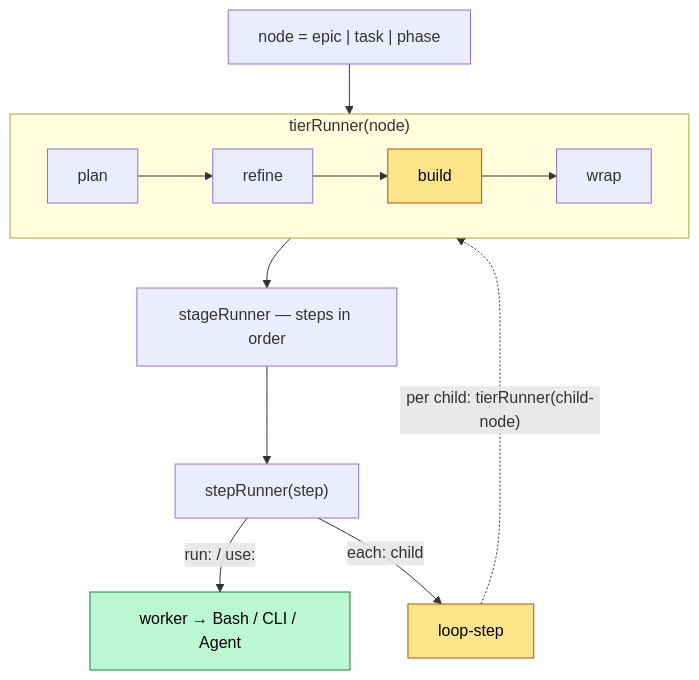
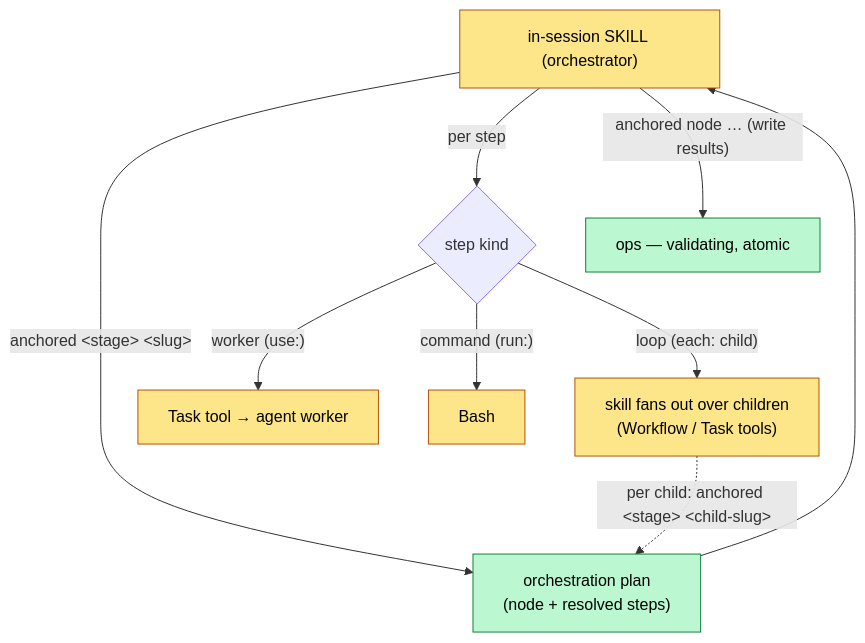
The first of 2 diagrams in docs/design/engine-architecture.md (chafoo/anchored), drawn with Mermaid before and after one commit. The commit also changed other lines of this file and 6 other files, not shown here.

````diff
--- a/docs/design/engine-architecture.md
+++ b/docs/design/engine-architecture.md
@@ -26,18 +43,18 @@
 ```mermaid
 flowchart TB
-    classDef loop fill:#fde68a,stroke:#b45309,color:#000;
-    classDef leaf fill:#bbf7d0,stroke:#15803d,color:#000;
+    classDef skill fill:#fde68a,stroke:#b45309,color:#000;
+    classDef core fill:#bbf7d0,stroke:#15803d,color:#000;
 
-    N["node = epic | task | phase"] --> TIER
+    SK["in-session SKILL (orchestrator)"]:::skill
 
-    subgraph TIER["tierRunner(node)"]
-        direction LR
-        PL["plan"] --> RF["refine"] --> BD["build"]:::loop --> WR["wrap"]
-    end
-
-    BD --> STG["stageRunner — steps in order"]
-    STG --> STP["stepRunner(step)"]
-    STP -->|"run: / use:"| WK["worker → Bash / CLI / Agent"]:::leaf
-    STP -->|"each: child"| LP["loop-step"]:::loop
-    LP -. "per child: tierRunner(child-node)" .-> TIER
+    SK -->|"anchored &lt;stage&gt; &lt;slug&gt;"| PLAN["orchestration plan
+(node + resolved steps)"]:::core
+    PLAN --> SK
+    SK -->|"per step"| EXEC{"step kind"}
+    EXEC -->|"worker (use:)"| WK["Task tool → agent worker"]:::skill
+    EXEC -->|"command (run:)"| BASH["Bash"]:::skill
+    EXEC -->|"loop (each: child)"| FAN["skill fans out over children
+(Workflow / Task tools)"]:::skill
+    FAN -. "per child: anchored &lt;stage&gt; &lt;child-slug&gt;" .-> PLAN
+    SK -->|"anchored node … (write results)"| OPS["ops — validating, atomic"]:::core
 ```
````
